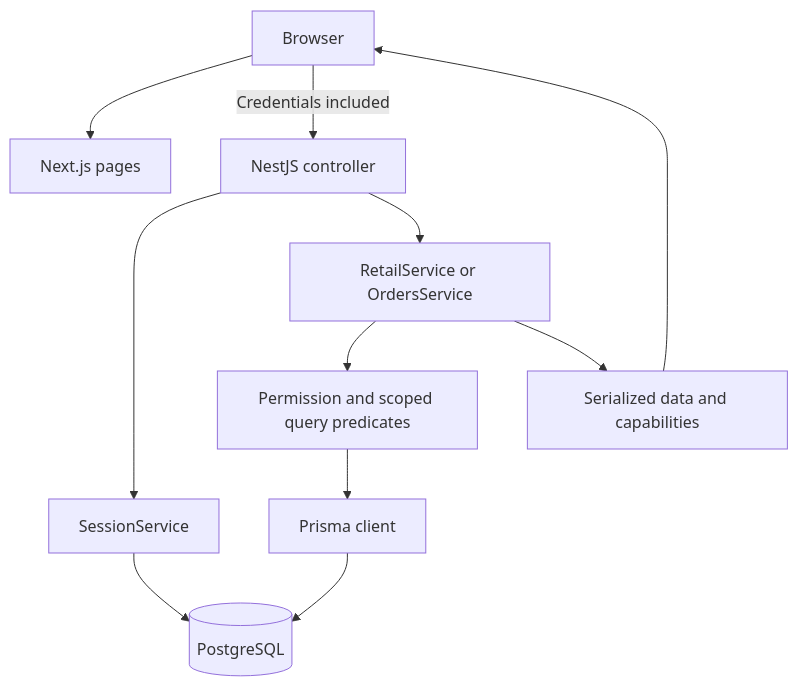
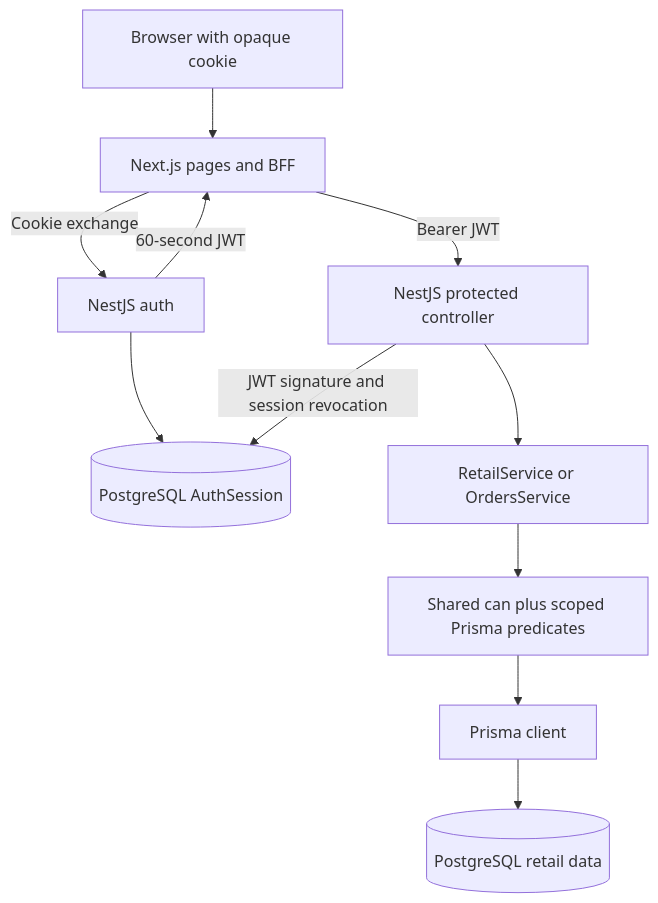
Before and after one commit to korawit-ch/multi-branch-retail-store-with-abac-oauth-poc: the diagram in doc/02-architecture-and-principles.md, drawn with Mermaid. The commit also changed other lines of this file and 55 other files, not shown here.

Commit message:
feat(auth): route protected requests through Next BFF

````diff
--- a/doc/02-architecture-and-principles.md
+++ b/doc/02-architecture-and-principles.md
@@ -22,13 +23,13 @@
 ```mermaid
 flowchart TD
-  Browser[Browser] --> Pages[Next.js pages]
-  Browser -->|Credentials included| Controller[NestJS controller]
-  Controller --> Session[SessionService]
-  Session --> DB[(PostgreSQL)]
+  Browser[Browser with opaque cookie] --> Pages[Next.js pages and BFF]
+  Pages -->|Cookie exchange| Auth[NestJS auth]
+  Auth --> Sessions[(PostgreSQL AuthSession)]
+  Auth -->|60-second JWT| Pages
+  Pages -->|Bearer JWT| Controller[NestJS protected controller]
+  Controller -->|JWT signature and session revocation| Sessions
   Controller --> Service[RetailService or OrdersService]
-  Service --> Policy[Permission and scoped query predicates]
+  Service --> Policy[Shared can plus scoped Prisma predicates]
   Policy --> Prisma[Prisma client]
-  Prisma --> DB
-  Service --> Response[Serialized data and capabilities]
-  Response --> Browser
+  Prisma --> DB[(PostgreSQL retail data)]
 ```
````
